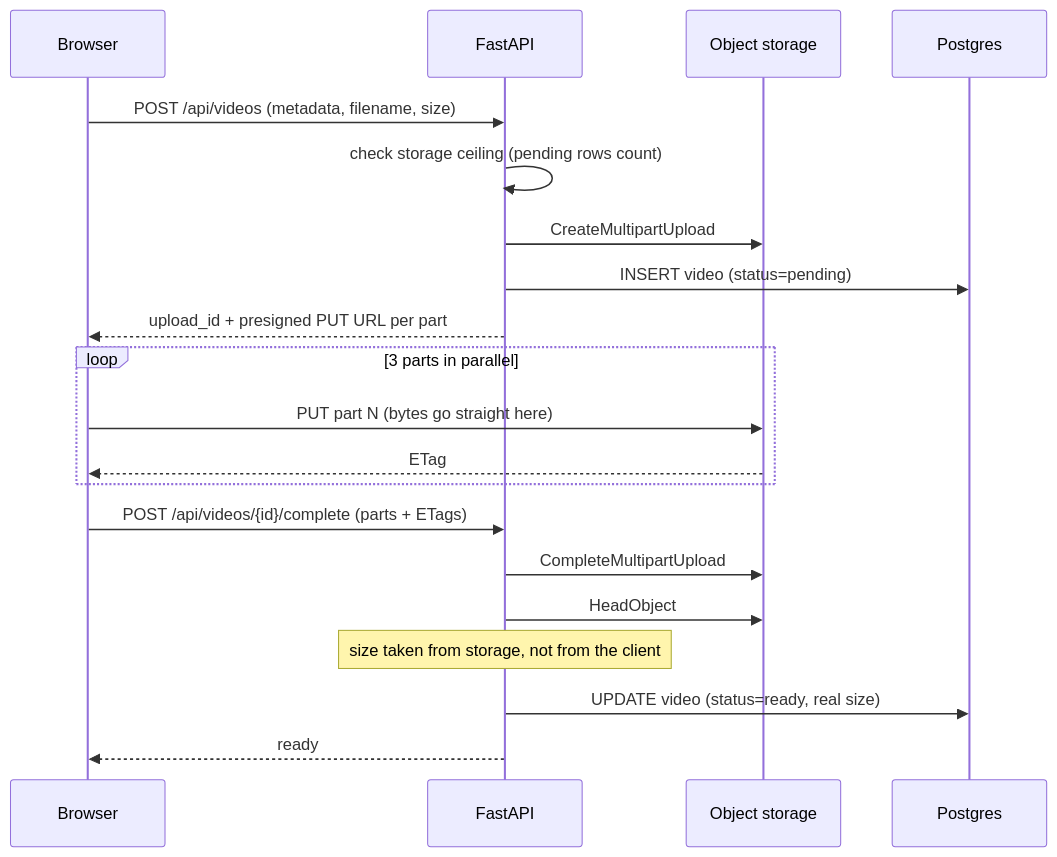
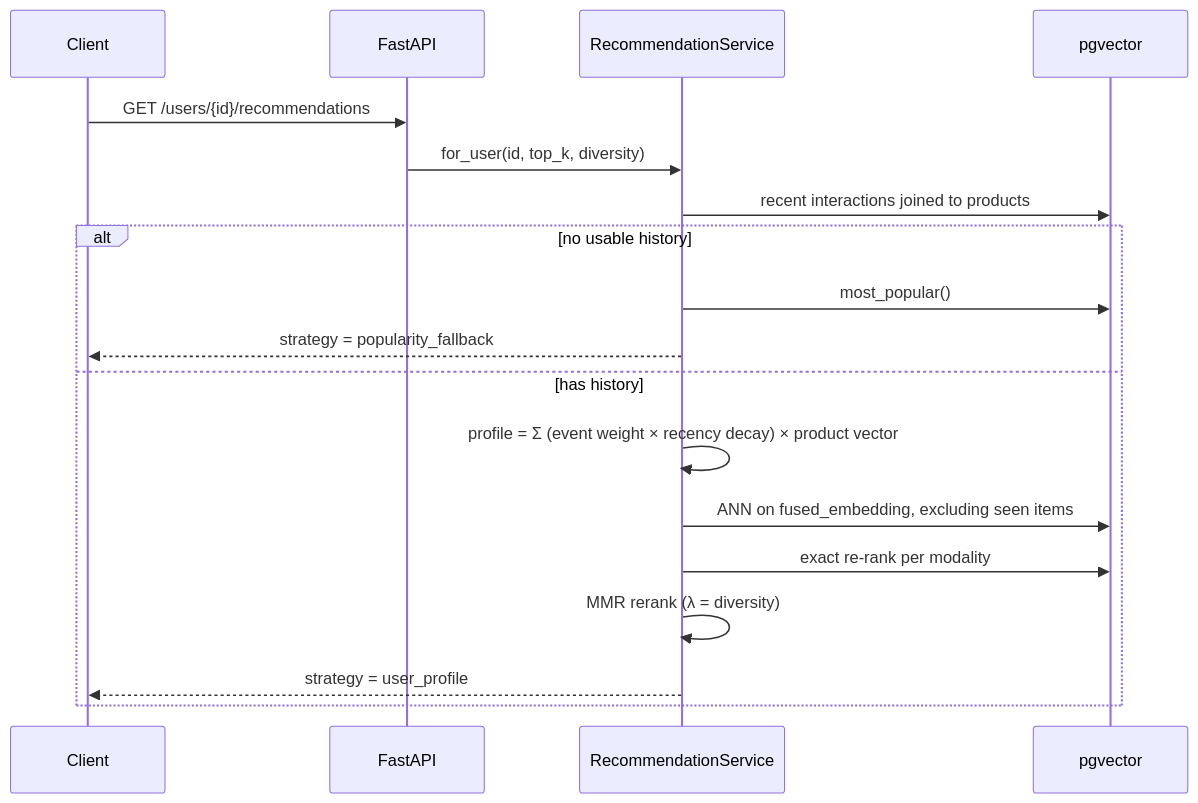
One commit to sany2k8/fastapi-vector-recommendation changed the second of 2 diagrams in README.md. Above: the diagram before and after it, drawn with Mermaid. The commit also changed other lines of this file, not shown here.

````diff
--- a/README.md
+++ b/README.md
@@ -76,23 +204,21 @@
 ```mermaid
 sequenceDiagram
-    participant B as Browser
-    participant A as FastAPI
-    participant S as Object storage
-    participant D as Postgres
+    participant C as Client
+    participant API as FastAPI
+    participant S as RecommendationService
+    participant DB as pgvector
 
-    B->>A: POST /api/videos (metadata, filename, size)
-    A->>A: check storage ceiling (pending rows count)
-    A->>S: CreateMultipartUpload
-    A->>D: INSERT video (status=pending)
-    A-->>B: upload_id + presigned PUT URL per part
-    loop 3 parts in parallel
-      B->>S: PUT part N (bytes go straight here)
-      S-->>B: ETag
+    C->>API: GET /users/{id}/recommendations
+    API->>S: for_user(id, top_k, diversity)
+    S->>DB: recent interactions joined to products
+    alt no usable history
+        S->>DB: most_popular()
+        S-->>C: strategy = popularity_fallback
+    else has history
+        S->>S: profile = Σ (event weight × recency decay) × product vector
+        S->>DB: ANN on fused_embedding, excluding seen items
+        S->>DB: exact re-rank per modality
+        S->>S: MMR rerank (λ = diversity)
+        S-->>C: strategy = user_profile
     end
-    B->>A: POST /api/videos/{id}/complete (parts + ETags)
-    A->>S: CompleteMultipartUpload
-    A->>S: HeadObject
-    Note over A: size taken from storage, not from the client
-    A->>D: UPDATE video (status=ready, real size)
-    A-->>B: ready
 ```
````
